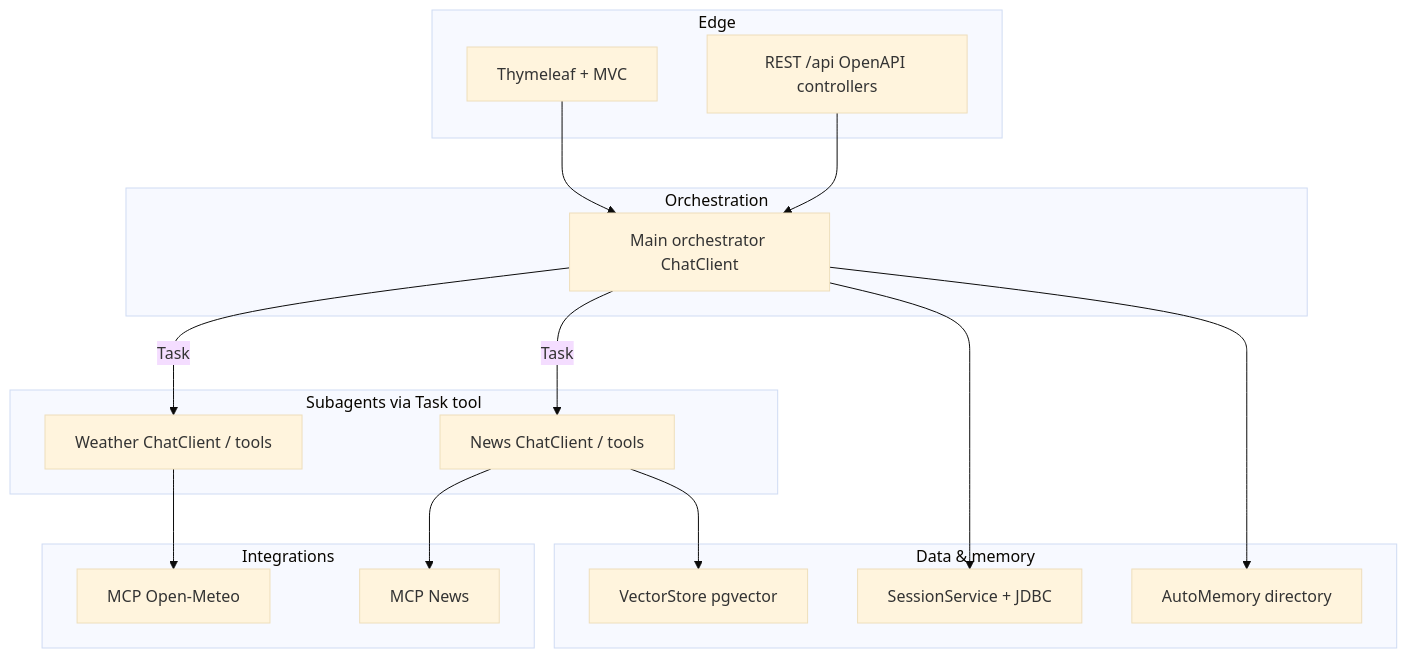
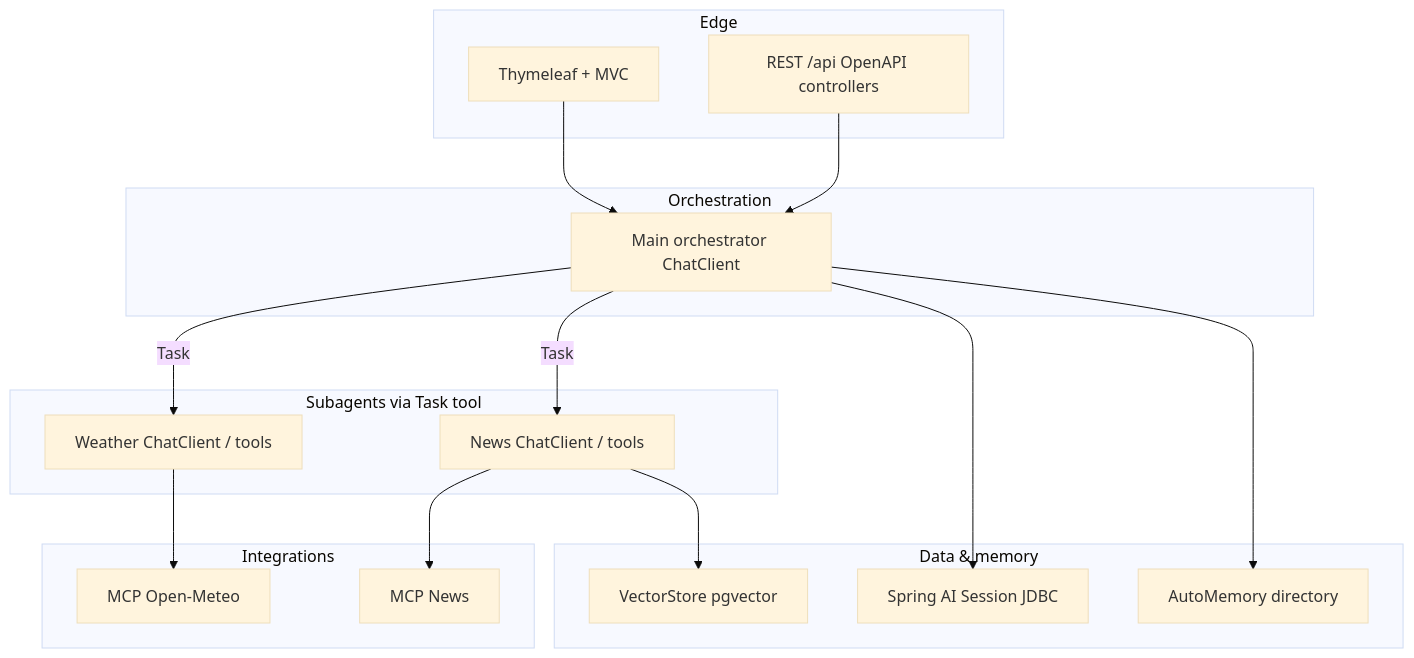
Before and after one commit to berdachuk/ai-architect-6-agents: the third of 5 diagrams in docs/ARCHITECTURE.md, drawn with Mermaid (base theme). The commit also changed other lines of this file and 23 other files, not shown here.

First line of the commit message:
Meteoris Insight: LM Studio/Ollama profiles, session JDBC, embedding health fix

````diff
--- a/docs/ARCHITECTURE.md
+++ b/docs/ARCHITECTURE.md
@@ -133,37 +133,37 @@
 ```mermaid
 flowchart TB
   subgraph Edge["Edge"]
     TH[Thymeleaf + MVC]
     REST[REST /api OpenAPI controllers]
   end
 
   subgraph Orchestration["Orchestration"]
     OC[Main orchestrator ChatClient]
   end
 
   subgraph Subagents["Subagents via Task tool"]
     WA[Weather ChatClient / tools]
     NA[News ChatClient / tools]
   end
 
   subgraph Data["Data & memory"]
-    SE[SessionService + JDBC]
+    SE[Spring AI Session JDBC]
     AM[AutoMemory directory]
     VS[VectorStore pgvector]
   end
 
   subgraph Integrations["Integrations"]
     MCPw[MCP Open-Meteo]
     MCPn[MCP News]
   end
 
   TH --> OC
   REST --> OC
   OC -->|Task| WA
   OC -->|Task| NA
   OC --> SE
   OC --> AM
   WA --> MCPw
   NA --> MCPn
   NA --> VS
 ```
````
